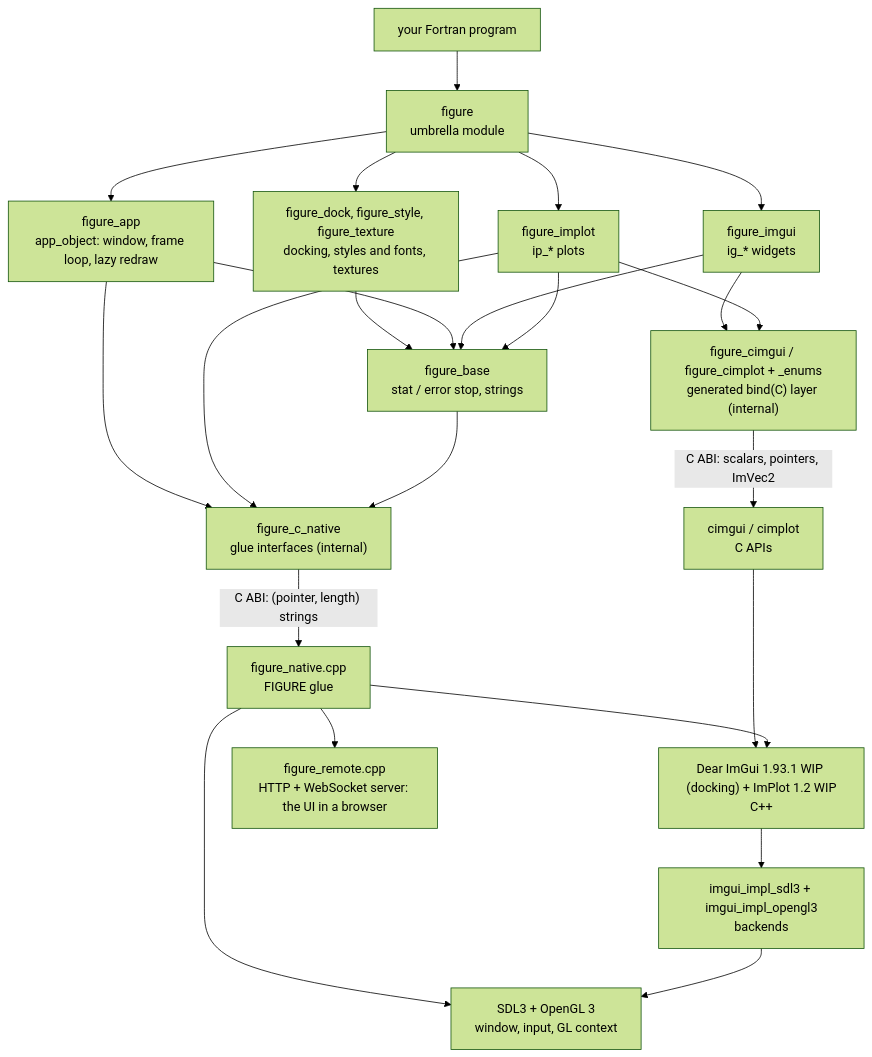
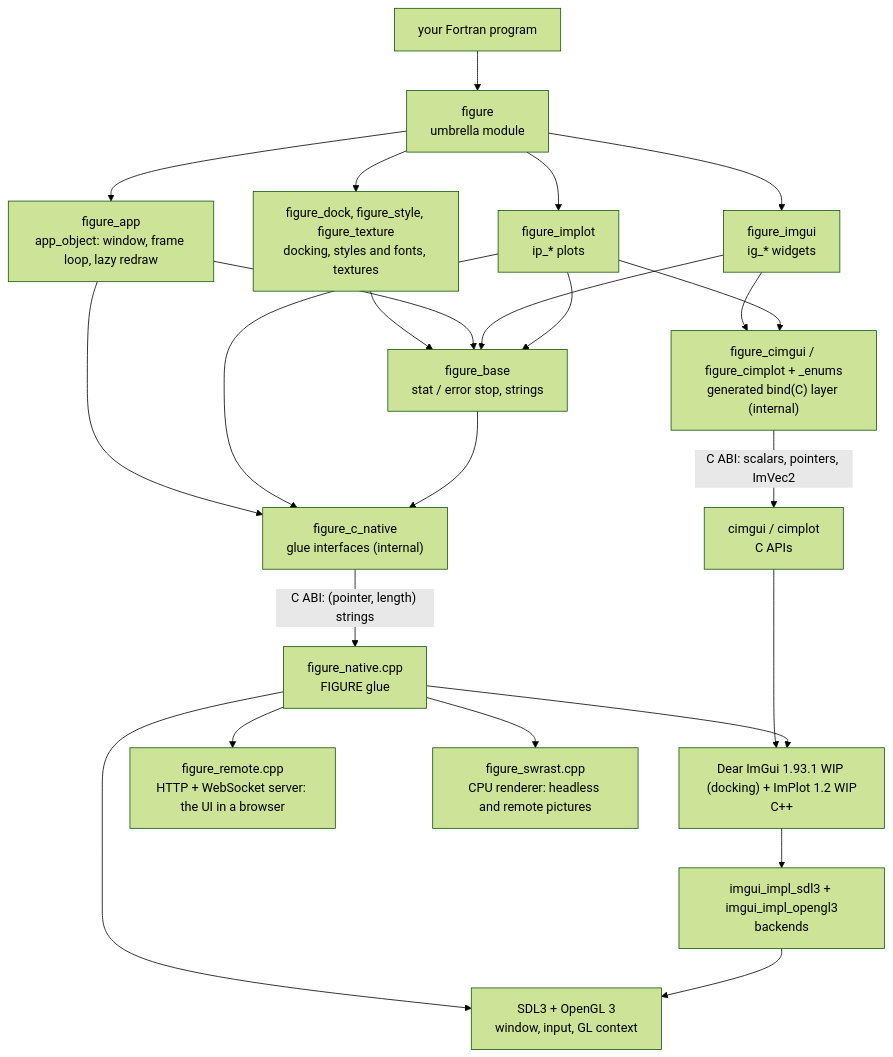
The first of 2 diagrams in docs/guide/architecture.md (szaghi/figure), drawn with Mermaid (forest theme) before and after one commit. The commit also changed other lines of this file and 11 other files, not shown here.

First line of the commit message:
docs: processes, remote, testing, capture, performance and architecture, completed

````diff
--- a/docs/guide/architecture.md
+++ b/docs/guide/architecture.md
@@ -7,25 +7,26 @@
 ```mermaid
 flowchart TD
     USER["your Fortran program"] --> FIG["figure<br/>umbrella module"]
     FIG --> APP["figure_app<br/>app_object: window, frame loop, lazy redraw"]
     FIG --> IG["figure_imgui<br/>ig_* widgets"]
     FIG --> IP["figure_implot<br/>ip_* plots"]
     FIG --> MORE["figure_dock, figure_style, figure_texture<br/>docking, styles and fonts, textures"]
     MORE --> BASE
     APP --> BASE["figure_base<br/>stat / error stop, strings"]
     IG --> BASE
     IP --> BASE
     APP --> RAW["figure_c_native<br/>glue interfaces (internal)"]
     IG --> GEN["figure_cimgui / figure_cimplot + _enums<br/>generated bind(C) layer (internal)"]
     IP --> GEN
     IP --> RAW
     BASE --> RAW
     GEN -->|"C ABI: scalars, pointers, ImVec2"| CIM["cimgui / cimplot<br/>C APIs"]
     RAW -->|"C ABI: (pointer, length) strings"| GLUE["figure_native.cpp<br/>FIGURE glue"]
     CIM --> CPP["Dear ImGui 1.93.1 WIP (docking) + ImPlot 1.2 WIP<br/>C++"]
     GLUE --> CPP
     GLUE --> SDL["SDL3 + OpenGL 3<br/>window, input, GL context"]
     GLUE --> REMOTE["figure_remote.cpp<br/>HTTP + WebSocket server: the UI in a browser"]
+    GLUE --> SWRAST["figure_swrast.cpp<br/>CPU renderer: headless and remote pictures"]
     CPP --> BACK["imgui_impl_sdl3 + imgui_impl_opengl3<br/>backends"]
     BACK --> SDL
 ```
````
